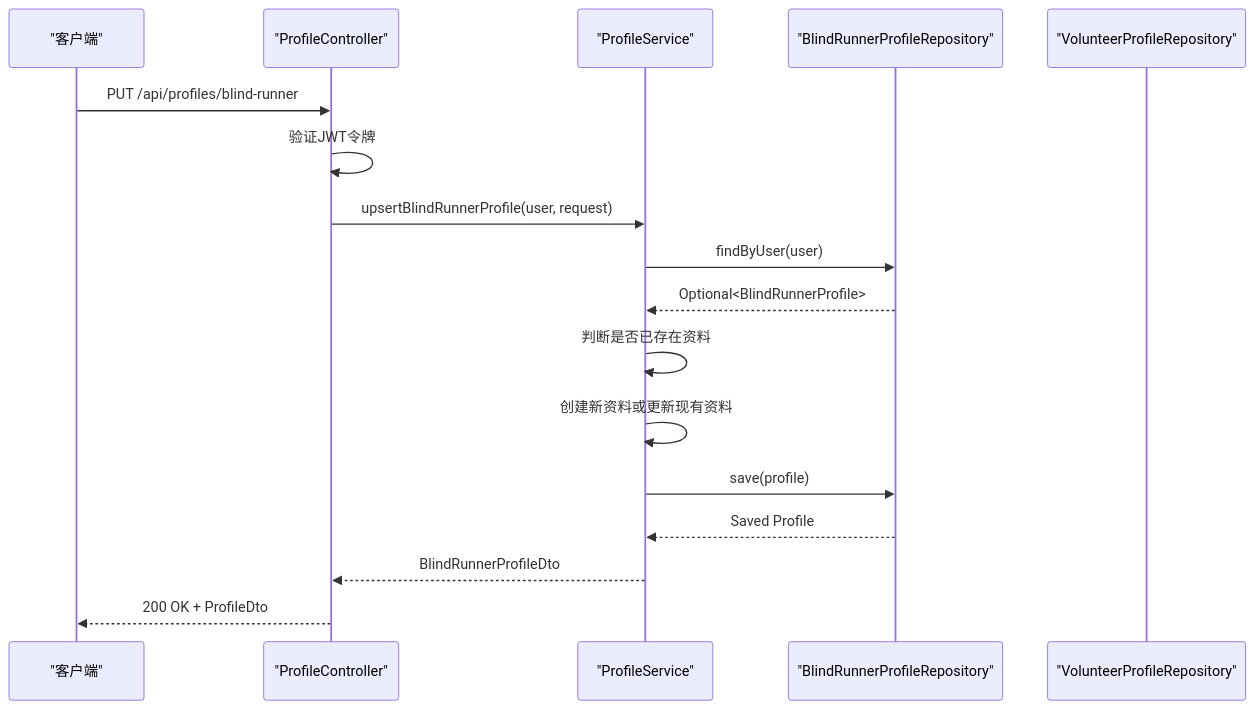
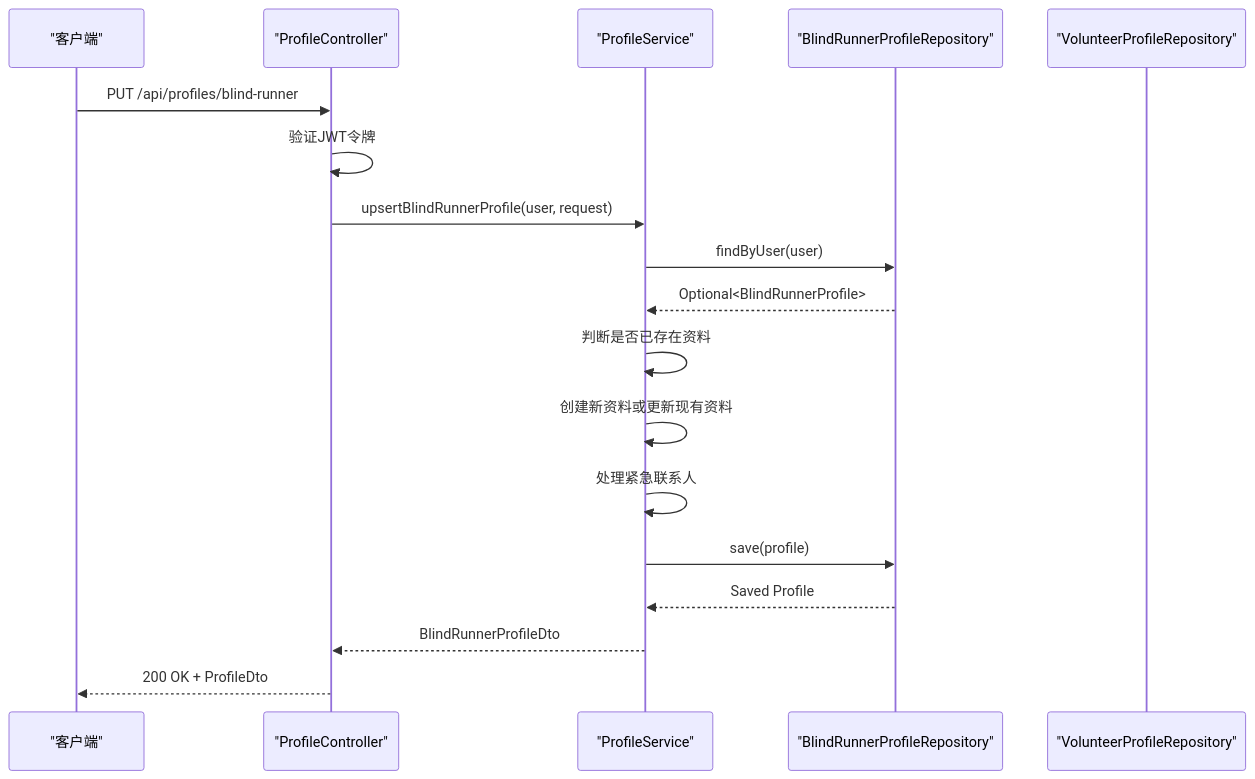
Before and after one commit to Jayden23018/blind-run-ios: the fourth of 13 diagrams in .qoder/repowiki/zh/content/架构设计/模块化架构设计/Core 核心模块/个人资料管理模块.md, drawn with Mermaid. The commit also changed other lines of this file and 15 other files, not shown here.

````diff
--- a/.qoder/repowiki/zh/content/架构设计/模块化架构设计/Core 核心模块/个人资料管理模块.md
+++ b/.qoder/repowiki/zh/content/架构设计/模块化架构设计/Core 核心模块/个人资料管理模块.md
@@ -279,19 +283,20 @@
 ```mermaid
 sequenceDiagram
 participant Client as "客户端"
 participant Controller as "ProfileController"
 participant Service as "ProfileService"
 participant BRRepo as "BlindRunnerProfileRepository"
 participant VRepo as "VolunteerProfileRepository"
 Client->>Controller : PUT /api/profiles/blind-runner
 Controller->>Controller : 验证JWT令牌
 Controller->>Service : upsertBlindRunnerProfile(user, request)
 Service->>BRRepo : findByUser(user)
 BRRepo-->>Service : Optional<BlindRunnerProfile>
 Service->>Service : 判断是否已存在资料
 Service->>Service : 创建新资料或更新现有资料
+Service->>Service : 处理紧急联系人
 Service->>BRRepo : save(profile)
 BRRepo-->>Service : Saved Profile
 Service-->>Controller : BlindRunnerProfileDto
 Controller-->>Client : 200 OK + ProfileDto
 ```
````
